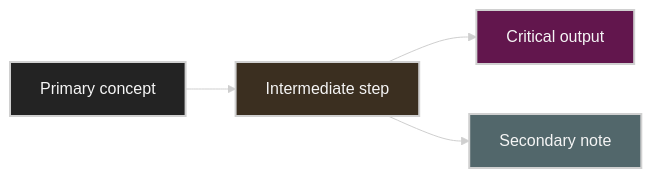
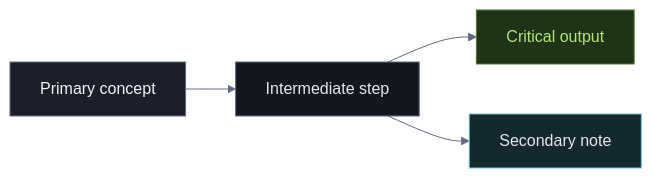
Before and after one commit to ziwon/ai-data-center-systems: the diagram in AGENTS.md, drawn with Mermaid. The commit also changed other lines of this file, not shown here.

First line of the commit message:
docs: set the restack style for new figures and Mermaid diagrams

````diff
--- a/AGENTS.md
+++ b/AGENTS.md
@@ -51,16 +126,16 @@
 ```mermaid
-%%{init: {"theme": "base", "themeVariables": {"background": "#171717", "primaryColor": "#232323", "primaryTextColor": "#f5f5f5", "primaryBorderColor": "#d0d0d0", "lineColor": "#cfcfcf", "fontFamily": "Inter, Arial, sans-serif"}}}%%
+%%{init: {"theme": "base", "themeVariables": {"background": "#101218", "primaryColor": "#1c1f29", "primaryTextColor": "#f3f4f8", "primaryBorderColor": "#626a80", "lineColor": "#626a80", "fontFamily": "DM Sans, Pretendard, Arial, sans-serif"}}}%%
 flowchart LR
     A[Primary concept] --> B[Intermediate step]
     B --> C[Critical output]
     B --> D[Secondary note]
 
-    classDef primary fill:#232323,stroke:#d0d0d0,color:#f5f5f5,stroke-width:2px;
-    classDef secondary fill:#3b2f20,stroke:#d0d0d0,color:#f5f5f5,stroke-width:2px;
-    classDef note fill:#52676b,stroke:#d0d0d0,color:#f5f5f5,stroke-width:2px;
-    classDef accent fill:#62164d,stroke:#d0d0d0,color:#f5f5f5,stroke-width:2px;
+    classDef primary fill:#1c1f29,stroke:#626a80,color:#f3f4f8,stroke-width:1px;
+    classDef secondary fill:#15171f,stroke:#626a80,color:#e6e8ef,stroke-width:1px;
+    classDef note fill:#14282d,stroke:#70c5d0,color:#e6e8ef,stroke-width:1px;
+    classDef accent fill:#1f3316,stroke:#4f7a2e,color:#b2e879,stroke-width:1px;
     class A primary
     class B secondary
     class C accent
     class D note
 ```
````
